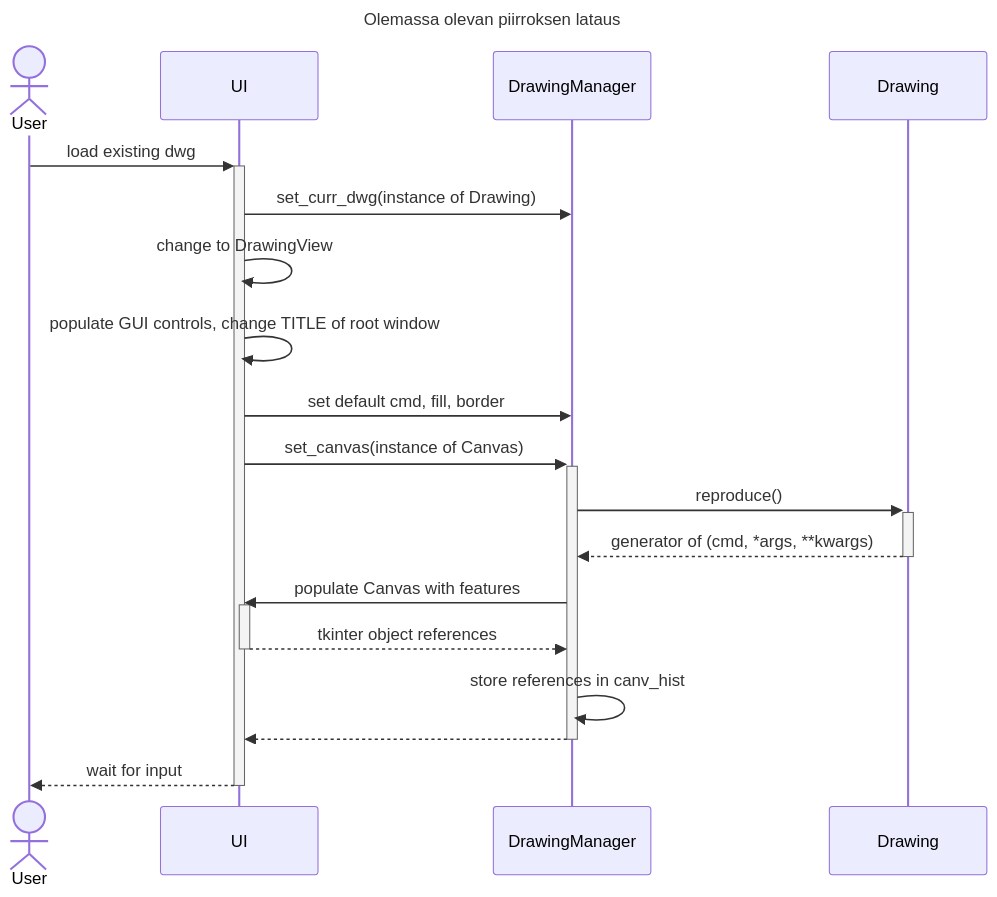
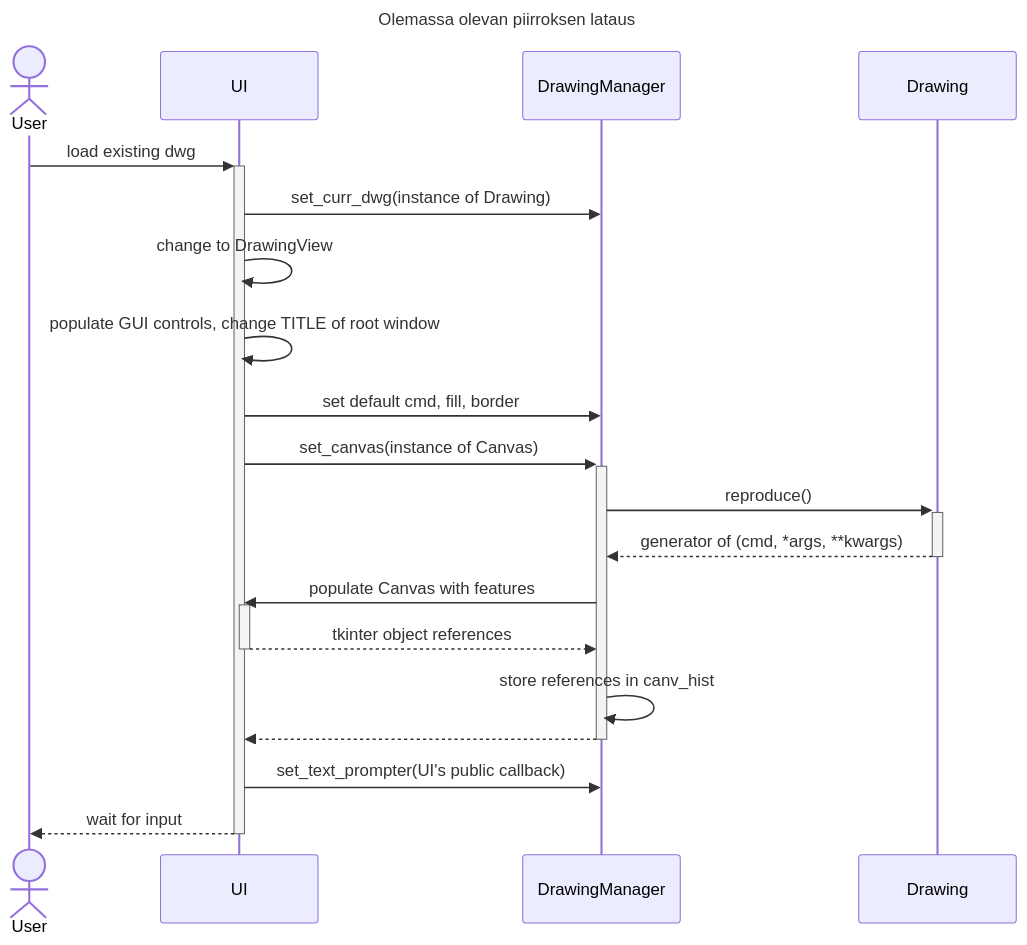
Before and after one commit to tomjtoth/ot-harjoitustyo: the seventh of 13 diagrams in dokumentaatio/arkkitehtuuri.md, drawn with Mermaid. The commit also changed other lines of this file and 1 other file, not shown here.

````diff
--- a/dokumentaatio/arkkitehtuuri.md
+++ b/dokumentaatio/arkkitehtuuri.md
@@ -181,24 +182,27 @@
 ```mermaid
 ---
 title: Olemassa olevan piirroksen lataus
 ---
 sequenceDiagram
     actor User
 
     User->>+UI: load existing dwg
     UI->>DrawingManager: set_curr_dwg(instance of Drawing)
     UI->>UI: change to DrawingView
     UI->>UI: populate GUI controls, change TITLE of root window
     UI->>DrawingManager: set default cmd, fill, border
     UI->>+DrawingManager: set_canvas(instance of Canvas)
     DrawingManager->>+Drawing: reproduce()
     Drawing-->>-DrawingManager: generator of (cmd, *args, **kwargs)
     DrawingManager->>+UI: populate Canvas with features
     UI-->>-DrawingManager: tkinter object references
     DrawingManager->>DrawingManager: store references in canv_hist
 
     DrawingManager-->>-UI: 
 
+    UI->>DrawingManager: set_text_prompter(UI's public callback)
+
+
 
     UI-->>-User: wait for input
 ```
````
